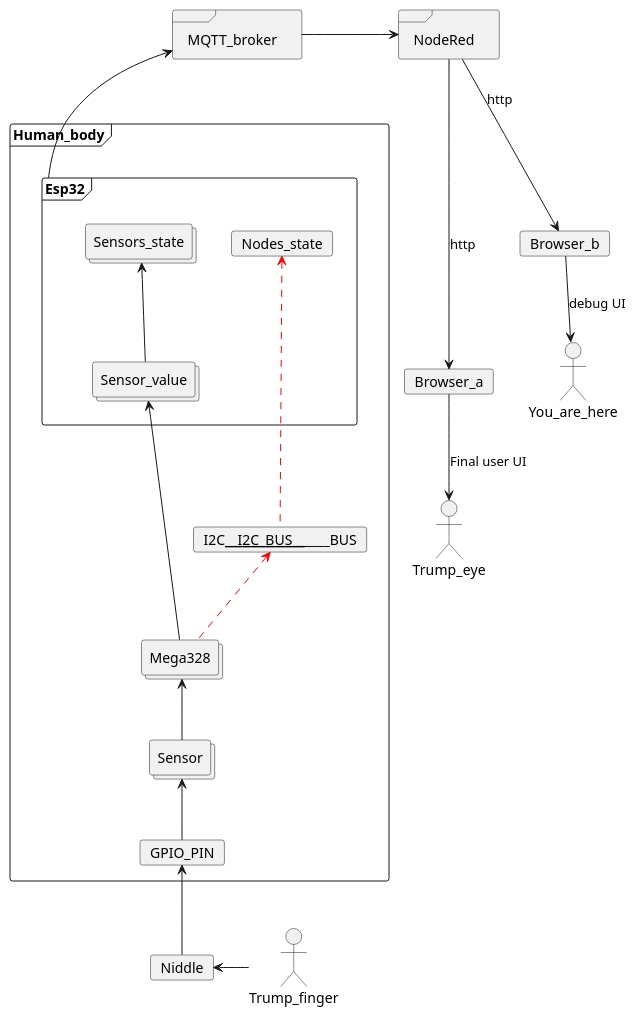
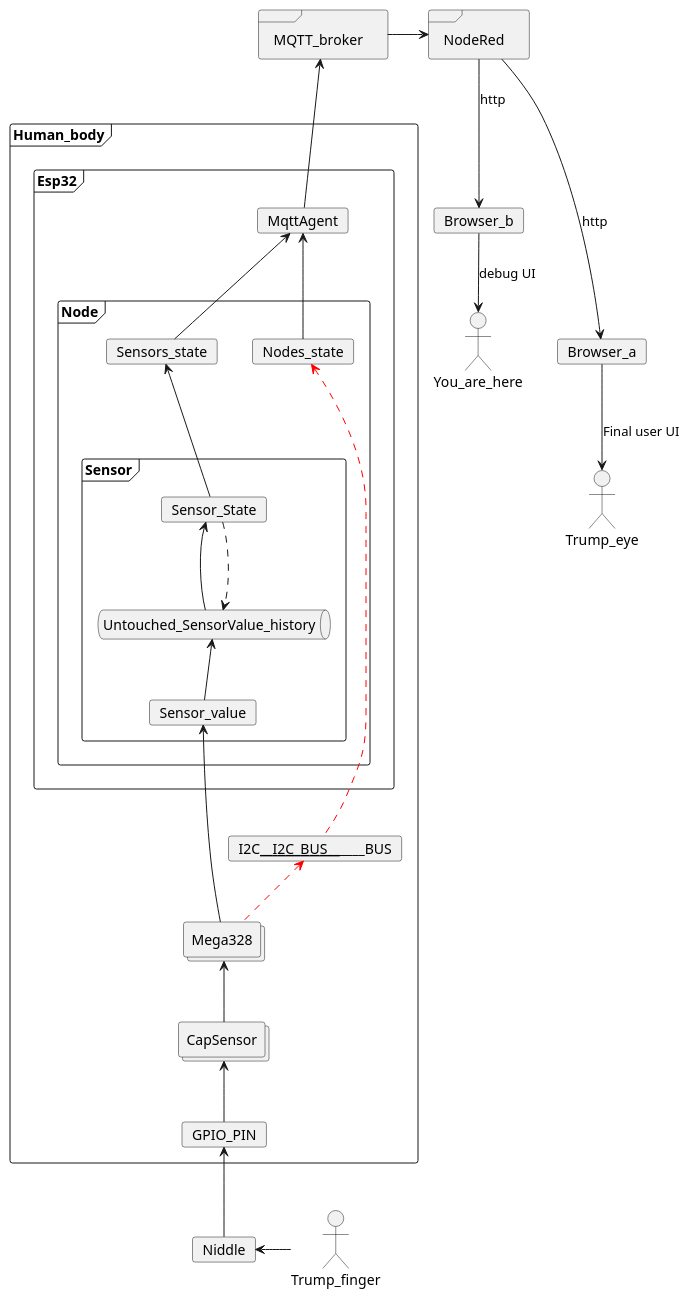
One commit to voicevon/gobot_front changed the diagram in esp32_arm/src/MyApps/iot/acupuncture_2023/docs/architacture.puml. Above: the diagram before and after it, drawn with PlantUML. The commit also changed 10 other files, not shown here.

```diff
--- a/esp32_arm/src/MyApps/iot/acupuncture_2023/docs/architacture.puml
+++ b/esp32_arm/src/MyApps/iot/acupuncture_2023/docs/architacture.puml
@@ -1,45 +1,59 @@
 @startuml
 allowmixing
 
 frame NodeRed
 card Browser_a
 card Browser_b
 NodeRed ---> Browser_a : http
 NodeRed --> Browser_b : http
     actor Trump_finger
     actor Trump_eye
     Browser_a --> Trump_eye : Final user UI
 
 actor You_are_here
     
 
 Browser_b --> You_are_here : debug UI
 
 frame MQTT_broker
 MQTT_broker -> NodeRed
 
 
 frame Human_body{
     frame Esp32{
-        card Nodes_state
-        collections Sensors_state
-        collections Sensor_value
-        Sensors_state <-- Sensor_value
+        frame Node{
+            card Nodes_state
+            card Sensors_state
+
+            frame Sensor{
+                queue Untouched_SensorValue_history
+                card Sensor_value
+                card Sensor_State
+                Untouched_SensorValue_history <-- Sensor_value
+                Sensor_State <-- Untouched_SensorValue_history
+                Sensor_State -[dashed]-> Untouched_SensorValue_history
+            }
+            Sensors_state <-- Sensor_State
+        }
+        card MqttAgent
+        MqttAgent <-- Nodes_state
+        MqttAgent <-- Sensors_state
+
     }
-    MQTT_broker <-- Esp32
+    MQTT_broker <-- MqttAgent
     card  I2C____________I2C_BUS________________BUS
 
     collections Mega328
-    collections Sensor
-    Nodes_state <-[#red,dashed]-- I2C____________I2C_BUS________________BUS
+    collections CapSensor
+    Nodes_state <-[#red,dashed]---- I2C____________I2C_BUS________________BUS
     I2C____________I2C_BUS________________BUS <-[#red,dashed]- Mega328
     Sensor_value <-- Mega328
-    Mega328 <-- Sensor
+    Mega328 <-- CapSensor
     card GPIO_PIN
-    Sensor <-- GPIO_PIN
+    CapSensor <-- GPIO_PIN
 }
 card Niddle
 GPIO_PIN <-- Niddle
 Niddle <- Trump_finger
 
 @enduml
```
